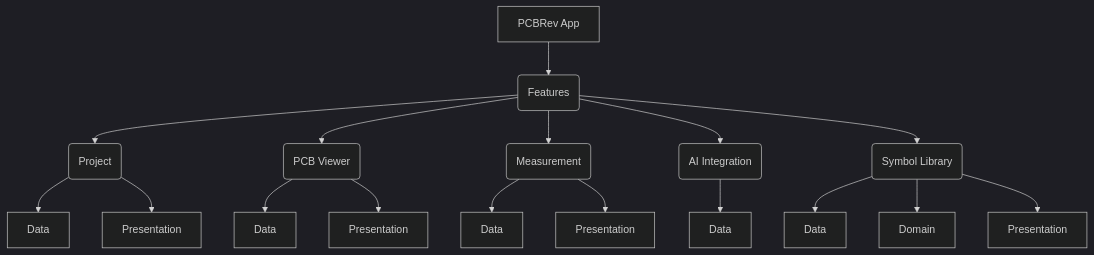
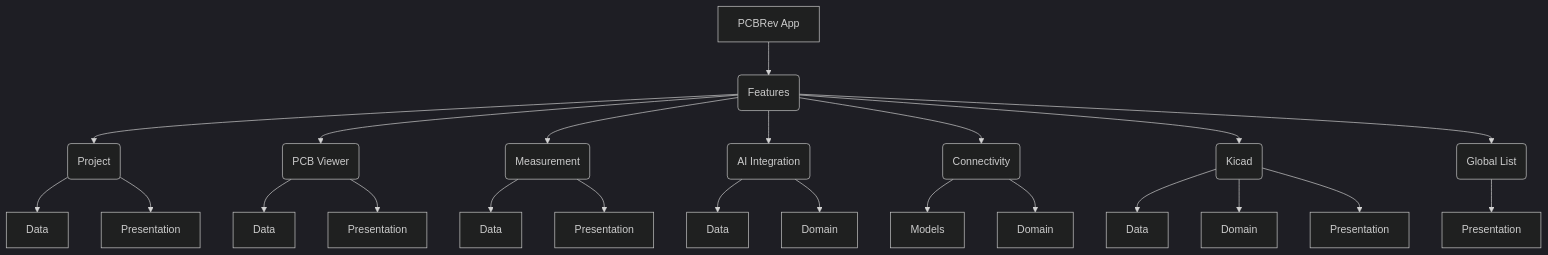
One commit to damiik/pcb_rev changed the diagram in README.md. Above: the diagram before and after it, drawn with Mermaid (dark theme). The commit also changed other lines of this file, not shown here.

````diff
--- a/README.md
+++ b/README.md
@@ -185,25 +185,33 @@
 ```mermaid
 graph TD
     A[PCBRev App] --> C(Features);
 
     C --> G(Project);
     C --> H(PCB Viewer);
     C --> J(Measurement);
     C --> K(AI Integration);
-    C --> L(Symbol Library);
+    C --> L(Connectivity);
+    C --> M(Kicad);
+    C --> N(Global List);
 
     G --> G_Data[Data];
     G --> G_Pres[Presentation];
 
     H --> H_Data[Data];
     H --> H_Pres[Presentation];
 
     J --> J_Data[Data];
     J --> J_Pres[Presentation];
 
     K --> K_Data[Data];
+    K --> K_Domain[Domain];
 
-    L --> L_Data[Data];
+    L --> L_Models[Models];
     L --> L_Domain[Domain];
-    L --> L_Pres[Presentation];
+
+    M --> M_Data[Data];
+    M --> M_Domain[Domain];
+    M --> M_Pres[Presentation];
+
+    N --> N_Pres[Presentation];
 ```
````
